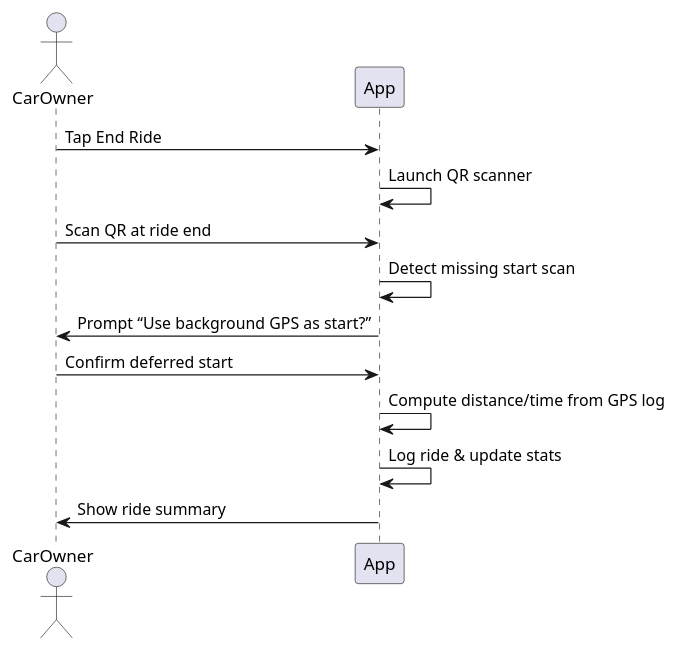
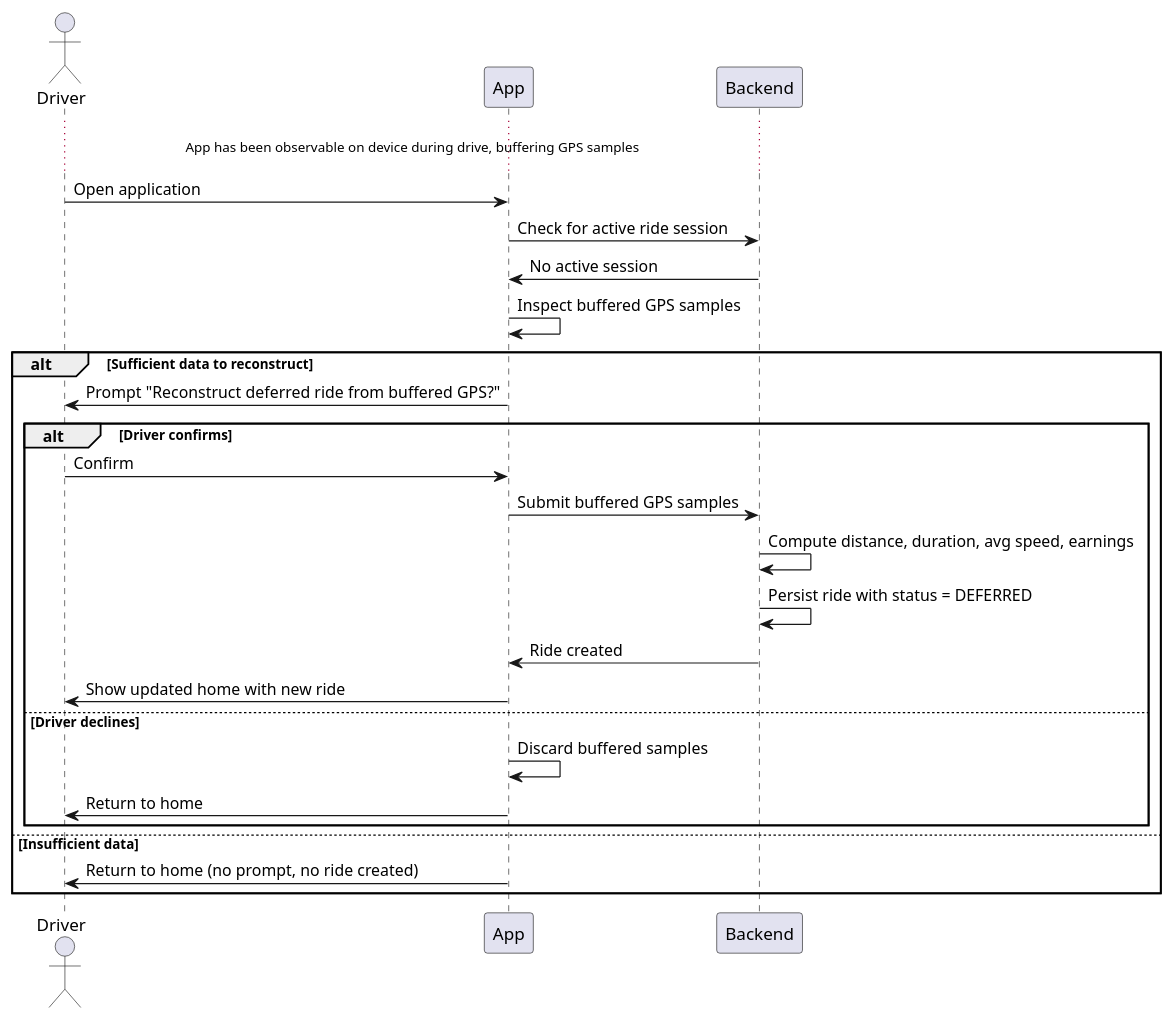
One commit to TheXik/Ad-on-Wheels changed the diagram in DOCS/Usecases/User/DelayedQRCodeLogRideScan/DefferedQRScan.puml. Above: the diagram before and after it, drawn with PlantUML. The commit also changed 19 other files, not shown here.

Commit message:
docs: update puml diagrams and the svg

```diff
--- a/DOCS/Usecases/User/DelayedQRCodeLogRideScan/DefferedQRScan.puml
+++ b/DOCS/Usecases/User/DelayedQRCodeLogRideScan/DefferedQRScan.puml
@@ -1,14 +1,31 @@
-@startuml DeferredEndRideScan
-actor CarOwner
+@startuml DeferredRideReconstruction
+actor Driver
 
-CarOwner -> App : Tap End Ride
-App -> App : Launch QR scanner
-CarOwner -> App : Scan QR at ride end
-App -> App : Detect missing start scan
-App -> CarOwner : Prompt “Use background GPS as start?” 
-CarOwner -> App : Confirm deferred start
-App -> App : Compute distance/time from GPS log
-App -> App : Log ride & update stats
-App -> CarOwner : Show ride summary
+... App has been observable on device during drive, buffering GPS samples ...
+
+Driver -> App : Open application
+App -> Backend : Check for active ride session
+Backend -> App : No active session
+
+App -> App : Inspect buffered GPS samples
+
+alt Sufficient data to reconstruct
+    App -> Driver : Prompt "Reconstruct deferred ride from buffered GPS?"
+
+    alt Driver confirms
+        Driver -> App : Confirm
+        App -> Backend : Submit buffered GPS samples
+        Backend -> Backend : Compute distance, duration, avg speed, earnings
+        Backend -> Backend : Persist ride with status = DEFERRED
+        Backend -> App : Ride created
+        App -> Driver : Show updated home with new ride
+    else Driver declines
+        App -> App : Discard buffered samples
+        App -> Driver : Return to home
+    end
+
+else Insufficient data
+    App -> Driver : Return to home (no prompt, no ride created)
+end
 
 @enduml
```
